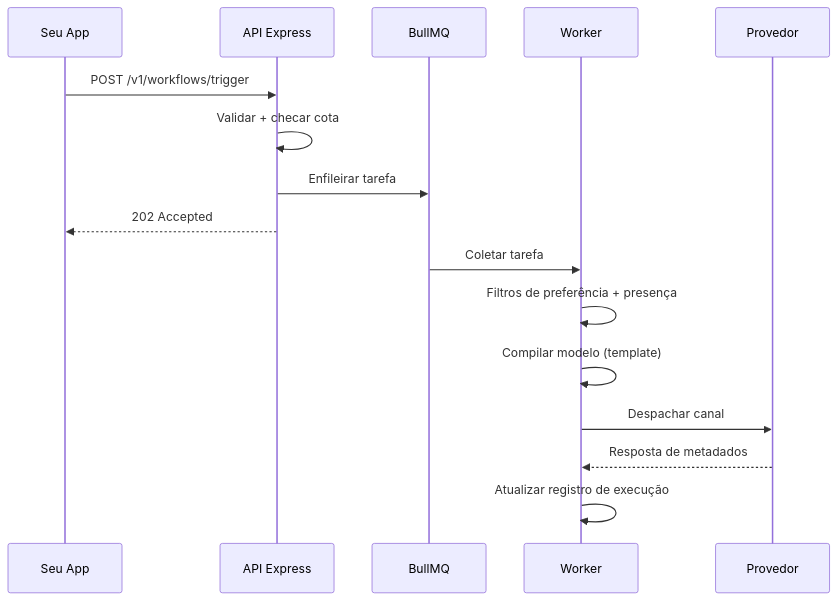
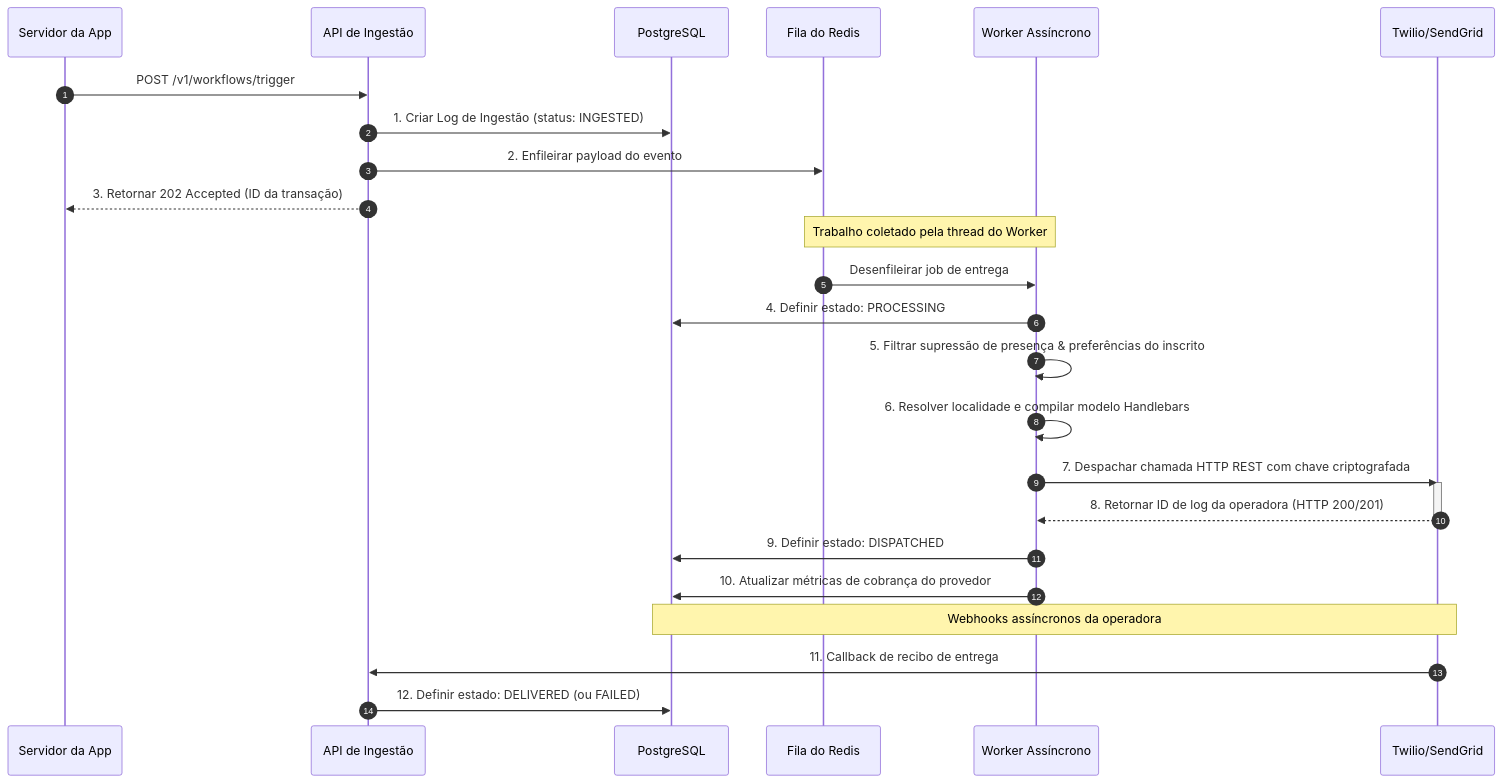
One commit to KriyanshKhunt/nexus_docs changed the diagram in content/docs/pt/platform/concepts/delivery-pipeline.mdx. Above: the diagram before and after it, drawn with Mermaid. The commit also changed other lines of this file and 31 other files, not shown here.

````diff
--- a/content/docs/pt/platform/concepts/delivery-pipeline.mdx
+++ b/content/docs/pt/platform/concepts/delivery-pipeline.mdx
@@ -8,19 +16,32 @@
 ```mermaid
 sequenceDiagram
-  participant App as Seu App
-  participant API as API Express
-  participant Q as BullMQ
-  participant W as Worker
-  participant P as Provedor
+    autonumber
+    participant App as Servidor da App
+    participant API as API de Ingestão
+    participant DB as PostgreSQL
+    participant Q as Fila do Redis
+    participant W as Worker Assíncrono
+    participant Carrier as Twilio/SendGrid
 
-  App->>API: POST /v1/workflows/trigger
-  API->>API: Validar + checar cota
-  API->>Q: Enfileirar tarefa
-  API-->>App: 202 Accepted
-  Q->>W: Coletar tarefa
-  W->>W: Filtros de preferência + presença
-  W->>W: Compilar modelo (template)
-  W->>P: Despachar canal
-  P-->>W: Resposta de metadados
-  W->>W: Atualizar registro de execução
+    App->>API: POST /v1/workflows/trigger
+    API->>DB: 1. Criar Log de Ingestão (status: INGESTED)
+    API->>Q: 2. Enfileirar payload do evento
+    API-->>App: 3. Retornar 202 Accepted (ID da transação)
+
+    Note over Q, W: Trabalho coletado pela thread do Worker
+    Q->>W: Desenfileirar job de entrega
+    W->>DB: 4. Definir estado: PROCESSING
+    W->>W: 5. Filtrar supressão de presença & preferências do inscrito
+    W->>W: 6. Resolver localidade e compilar modelo Handlebars
+    W->>Carrier: 7. Despachar chamada HTTP REST com chave criptografada
+    activate Carrier
+    Carrier-->>W: 8. Retornar ID de log da operadora (HTTP 200/201)
+    deactivate Carrier
+
+    W->>DB: 9. Definir estado: DISPATCHED
+    W->>DB: 10. Atualizar métricas de cobrança do provedor
+
+    Note over Carrier, DB: Webhooks assíncronos da operadora
+    Carrier->>API: 11. Callback de recibo de entrega
+    API->>DB: 12. Definir estado: DELIVERED (ou FAILED)
 ```
````
